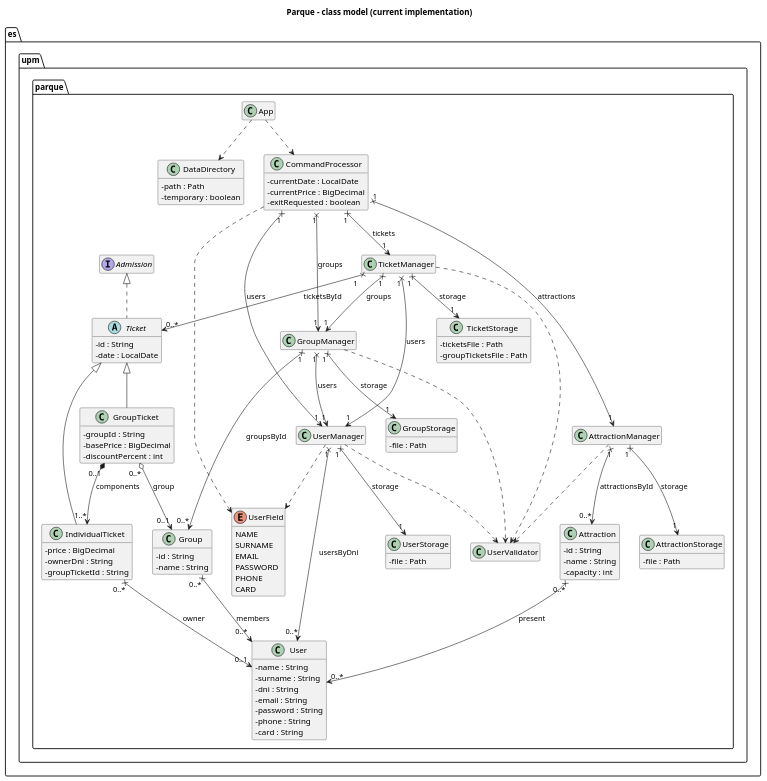
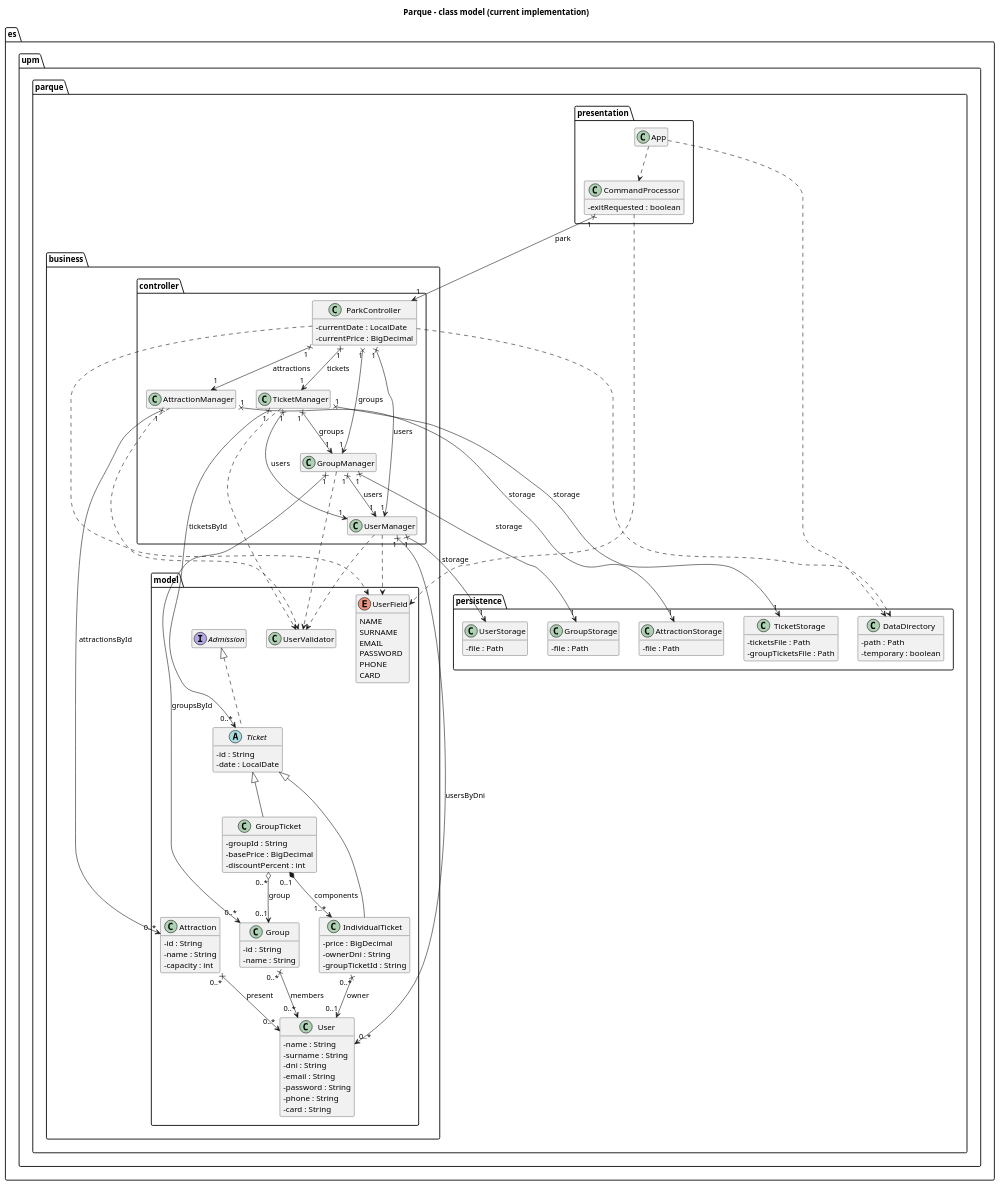
The diagram in uml/model.puml (skai-upm/caise27), drawn with PlantUML before and after one commit. The commit also changed 76 other files, not shown here.

```diff
--- a/uml/model.puml
+++ b/uml/model.puml
@@ -1,138 +1,156 @@
 @startuml model
 title Parque - class model (current implementation)
 
 skinparam classAttributeIconSize 0
 hide empty members
 
-package es.upm.parque {
+package es.upm.parque.presentation {
 
   class App
 
-  class DataDirectory {
-    - path : Path
-    - temporary : boolean
+  class CommandProcessor {
+    - exitRequested : boolean
   }
+}
 
-  class CommandProcessor {
+package es.upm.parque.business.controller {
+
+  class ParkController {
     - currentDate : LocalDate
     - currentPrice : BigDecimal
-    - exitRequested : boolean
   }
 
   class UserManager
-  class UserStorage {
-    - file : Path
-  }
+  class GroupManager
+  class TicketManager
+  class AttractionManager
+}
+
+package es.upm.parque.business.model {
 
   class User {
     - name : String
     - surname : String
     - dni : String
     - email : String
     - password : String
     - phone : String
     - card : String
   }
 
   enum UserField {
     NAME
     SURNAME
     EMAIL
     PASSWORD
     PHONE
     CARD
   }
 
   class UserValidator
-
-  class GroupManager
-  class GroupStorage {
-    - file : Path
-  }
 
   class Group {
     - id : String
     - name : String
   }
 
   interface Admission
 
   abstract class Ticket {
     - id : String
     - date : LocalDate
   }
 
   class IndividualTicket {
     - price : BigDecimal
     - ownerDni : String
     - groupTicketId : String
   }
 
   class GroupTicket {
     - groupId : String
     - basePrice : BigDecimal
     - discountPercent : int
   }
 
-  class TicketManager
-  class TicketStorage {
-    - ticketsFile : Path
-    - groupTicketsFile : Path
-  }
-
-  class AttractionManager
-  class AttractionStorage {
-    - file : Path
-  }
-
   class Attraction {
     - id : String
     - name : String
     - capacity : int
   }
 }
 
+package es.upm.parque.persistence {
+
+  class DataDirectory {
+    - path : Path
+    - temporary : boolean
+  }
+
+  class UserStorage {
+    - file : Path
+  }
+
+  class GroupStorage {
+    - file : Path
+  }
+
+  class TicketStorage {
+    - ticketsFile : Path
+    - groupTicketsFile : Path
+  }
+
+  class AttractionStorage {
+    - file : Path
+  }
+}
+
+' Presentation -> business
+CommandProcessor "1" x--> "1" ParkController : park
+
 ' Controller
-CommandProcessor "1" x--> "1" UserManager : users
-CommandProcessor "1" x--> "1" GroupManager : groups
-CommandProcessor "1" x--> "1" TicketManager : tickets
-CommandProcessor "1" x--> "1" AttractionManager : attractions
+ParkController "1" x--> "1" UserManager : users
+ParkController "1" x--> "1" GroupManager : groups
+ParkController "1" x--> "1" TicketManager : tickets
+ParkController "1" x--> "1" AttractionManager : attractions
 
 ' Users
 UserManager "1" x--> "1" UserStorage : storage
 UserManager "1" x--> "0..*" User : usersByDni
 
 ' Groups
 GroupManager "1" x--> "1" UserManager : users
 GroupManager "1" x--> "1" GroupStorage : storage
 GroupManager "1" x--> "0..*" Group : groupsById
 Group "0..*" x--> "0..*" User : members
 
 ' Tickets
 Admission <|.. Ticket
 Ticket <|-- IndividualTicket
 Ticket <|-- GroupTicket
 TicketManager "1" x--> "1" UserManager : users
 TicketManager "1" x--> "1" GroupManager : groups
 TicketManager "1" x--> "1" TicketStorage : storage
 TicketManager "1" x--> "0..*" Ticket : ticketsById
 IndividualTicket "0..*" x--> "0..1" User : owner
 GroupTicket "0..*" o--> "0..1" Group : group
 GroupTicket "0..1" *--> "1..*" IndividualTicket : components
 
 ' Attractions
 AttractionManager "1" x--> "1" AttractionStorage : storage
 AttractionManager "1" x--> "0..*" Attraction : attractionsById
 Attraction "0..*" x--> "0..*" User : present
 
 ' Usage of types without incoming relationships
 App ..> CommandProcessor
 App ..> DataDirectory
+ParkController ..> DataDirectory
 CommandProcessor ..> UserField
+ParkController ..> UserField
 UserManager ..> UserField
 UserManager ..> UserValidator
 GroupManager ..> UserValidator
 TicketManager ..> UserValidator
 AttractionManager ..> UserValidator
 
 @enduml
```
